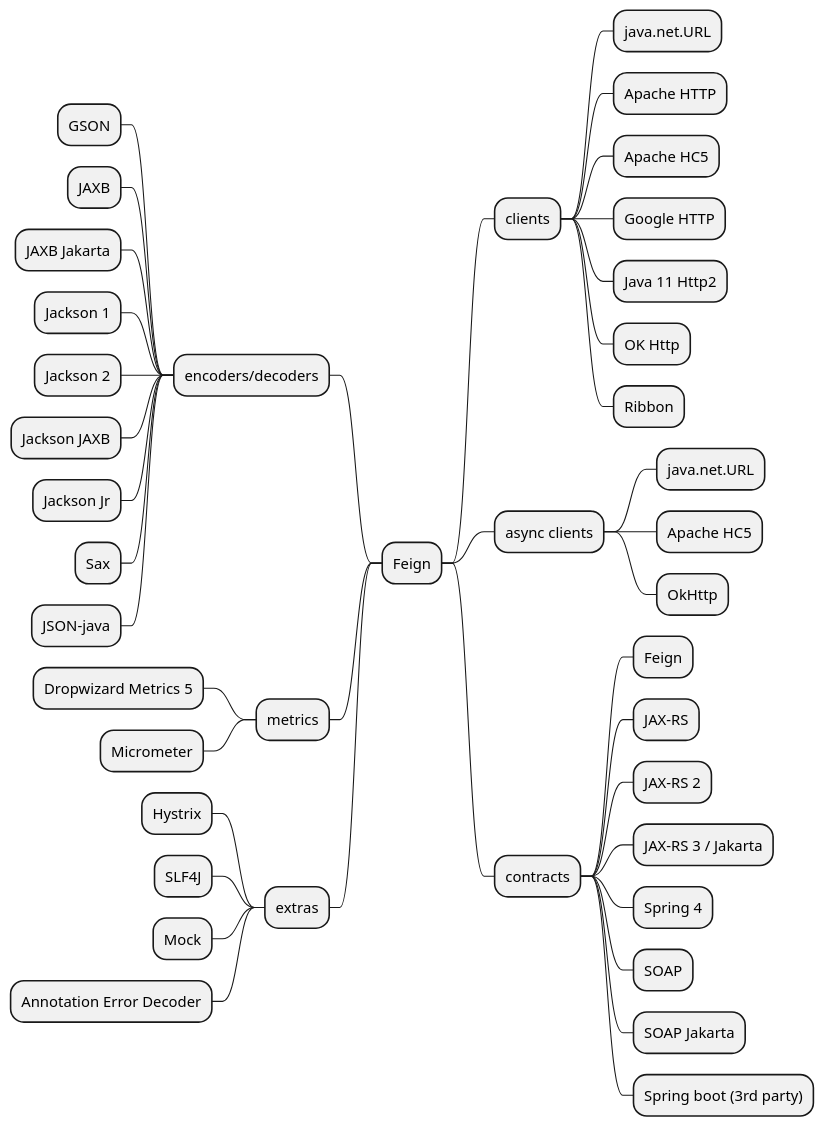
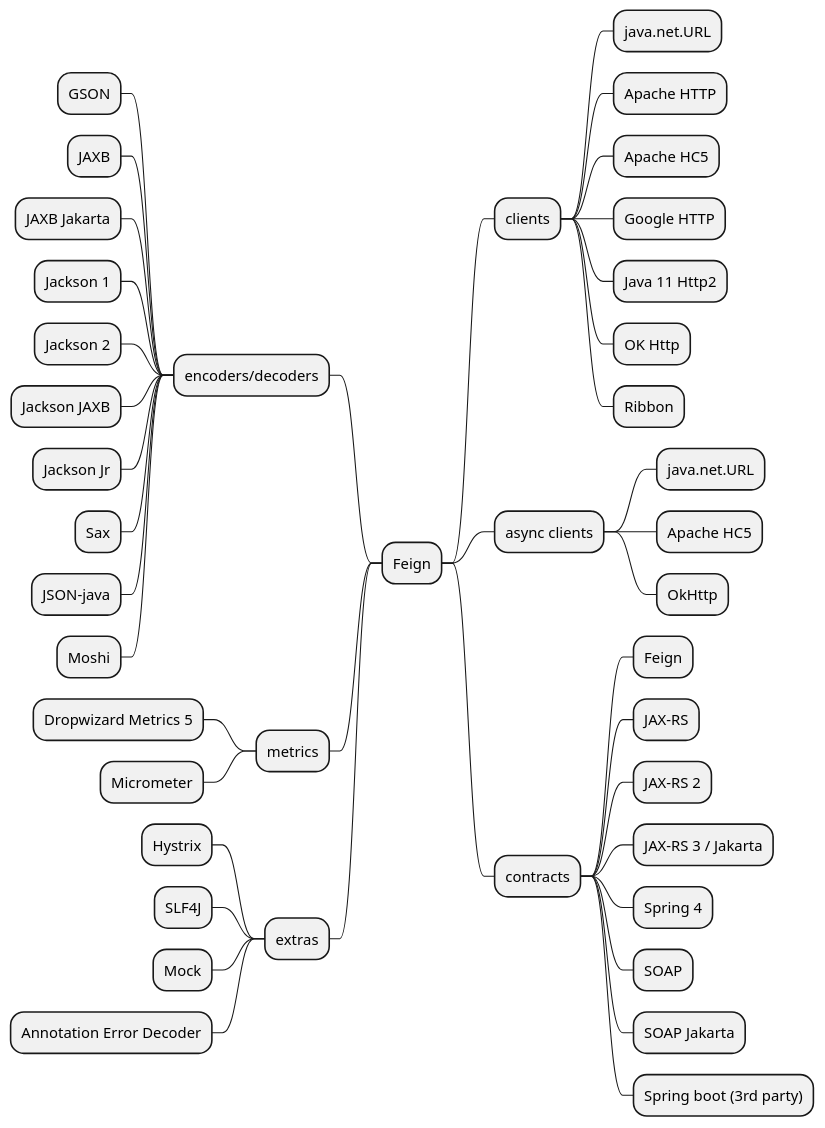
The diagram in src/docs/overview-mindmap.iuml (OpenFeign/feign), drawn with PlantUML before and after one commit. The commit also changed 10 other files, not shown here.

```diff
--- a/src/docs/overview-mindmap.iuml
+++ b/src/docs/overview-mindmap.iuml
@@ -1,45 +1,46 @@
 @startmindmap
 * Feign
 ** clients
 *** java.net.URL
 *** Apache HTTP
 *** Apache HC5
 *** Google HTTP
 *** Java 11 Http2
 *** OK Http
 *** Ribbon
 ** async clients
 *** java.net.URL
 *** Apache HC5
 *** OkHttp
 ** contracts
 *** Feign
 *** JAX-RS
 *** JAX-RS 2
 *** JAX-RS 3 / Jakarta
 *** Spring 4
 *** SOAP
 *** SOAP Jakarta
 *** Spring boot (3rd party)
 
 left side
 
 ** encoders/decoders
 *** GSON
 *** JAXB
 *** JAXB Jakarta
 *** Jackson 1
 *** Jackson 2
 *** Jackson JAXB
 *** Jackson Jr
 *** Sax
 *** JSON-java
+*** Moshi
 ** metrics
 *** Dropwizard Metrics 5
 *** Micrometer
 ** extras
 *** Hystrix
 *** SLF4J
 *** Mock
 *** Annotation Error Decoder
 @endmindmap
```
